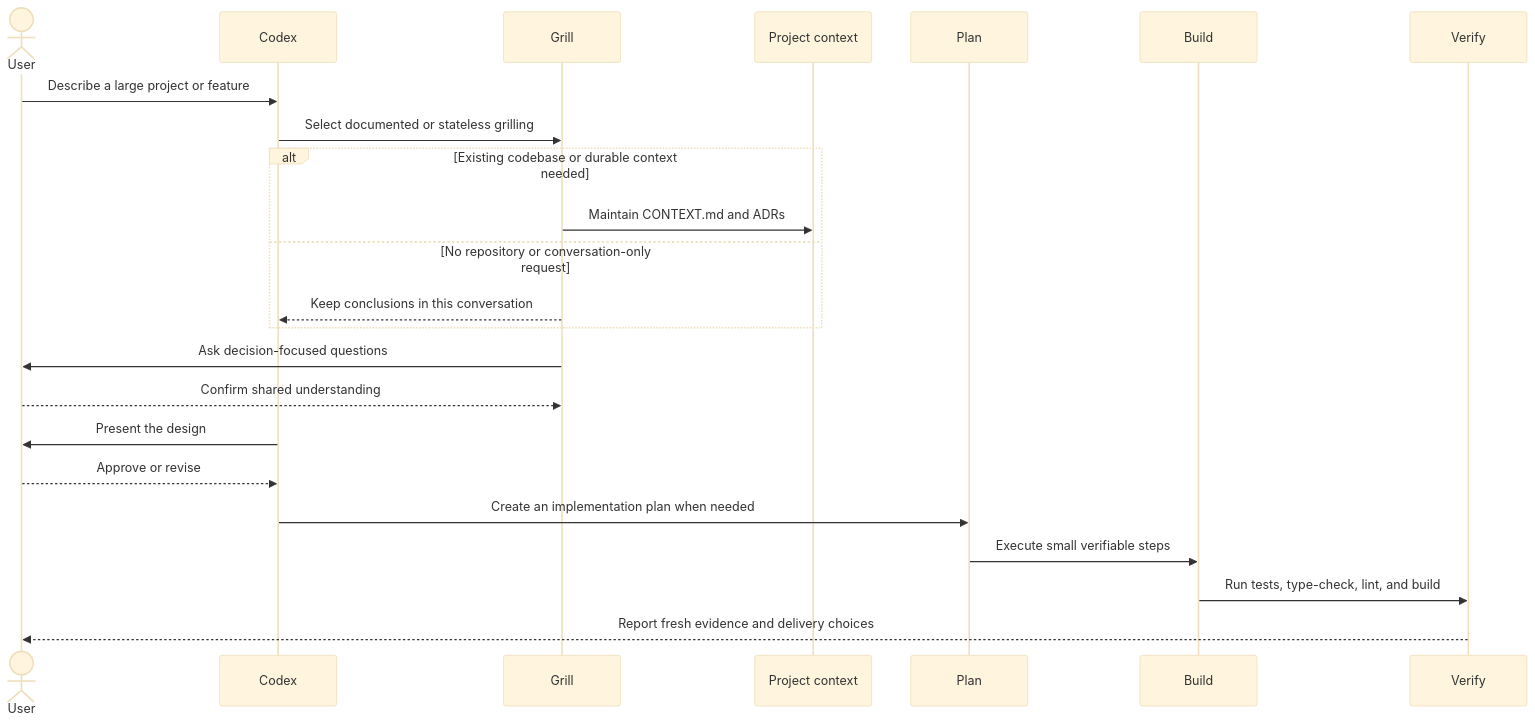
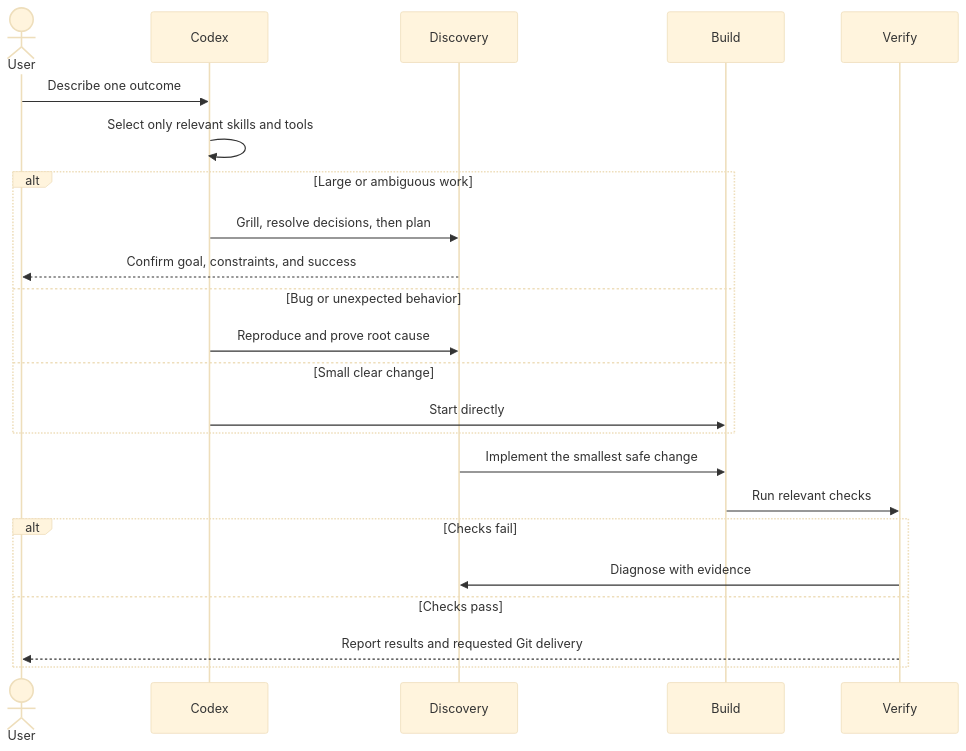
The diagram in README.md (moKshagna-p/codex-powers), drawn with Mermaid (base theme) before and after one commit. The commit also changed other lines of this file and 6 other files, not shown here.

````diff
--- a/README.md
+++ b/README.md
@@ -84,26 +14,26 @@
 ```mermaid
 sequenceDiagram
     actor User
     participant Codex
-    participant Grill
-    participant Context as Project context
-    participant Plan
+    participant Discovery
     participant Build
     participant Verify
 
-    User->>Codex: Describe a large project or feature
-    Codex->>Grill: Select documented or stateless grilling
-    alt Existing codebase or durable context needed
-        Grill->>Context: Maintain CONTEXT.md and ADRs
-    else No repository or conversation-only request
-        Grill-->>Codex: Keep conclusions in this conversation
+    User->>Codex: Describe one outcome
+    Codex->>Codex: Select only relevant skills and tools
+    alt Large or ambiguous work
+        Codex->>Discovery: Grill, resolve decisions, then plan
+        Discovery-->>User: Confirm goal, constraints, and success
+    else Bug or unexpected behavior
+        Codex->>Discovery: Reproduce and prove root cause
+    else Small clear change
+        Codex->>Build: Start directly
     end
-    Grill->>User: Ask decision-focused questions
-    User-->>Grill: Confirm shared understanding
-    Codex->>User: Present the design
-    User-->>Codex: Approve or revise
-    Codex->>Plan: Create an implementation plan when needed
-    Plan->>Build: Execute small verifiable steps
-    Build->>Verify: Run tests, type-check, lint, and build
-    Verify-->>User: Report fresh evidence and delivery choices
+    Discovery->>Build: Implement the smallest safe change
+    Build->>Verify: Run relevant checks
+    alt Checks fail
+        Verify->>Discovery: Diagnose with evidence
+    else Checks pass
+        Verify-->>User: Report results and requested Git delivery
+    end
 ```
````
